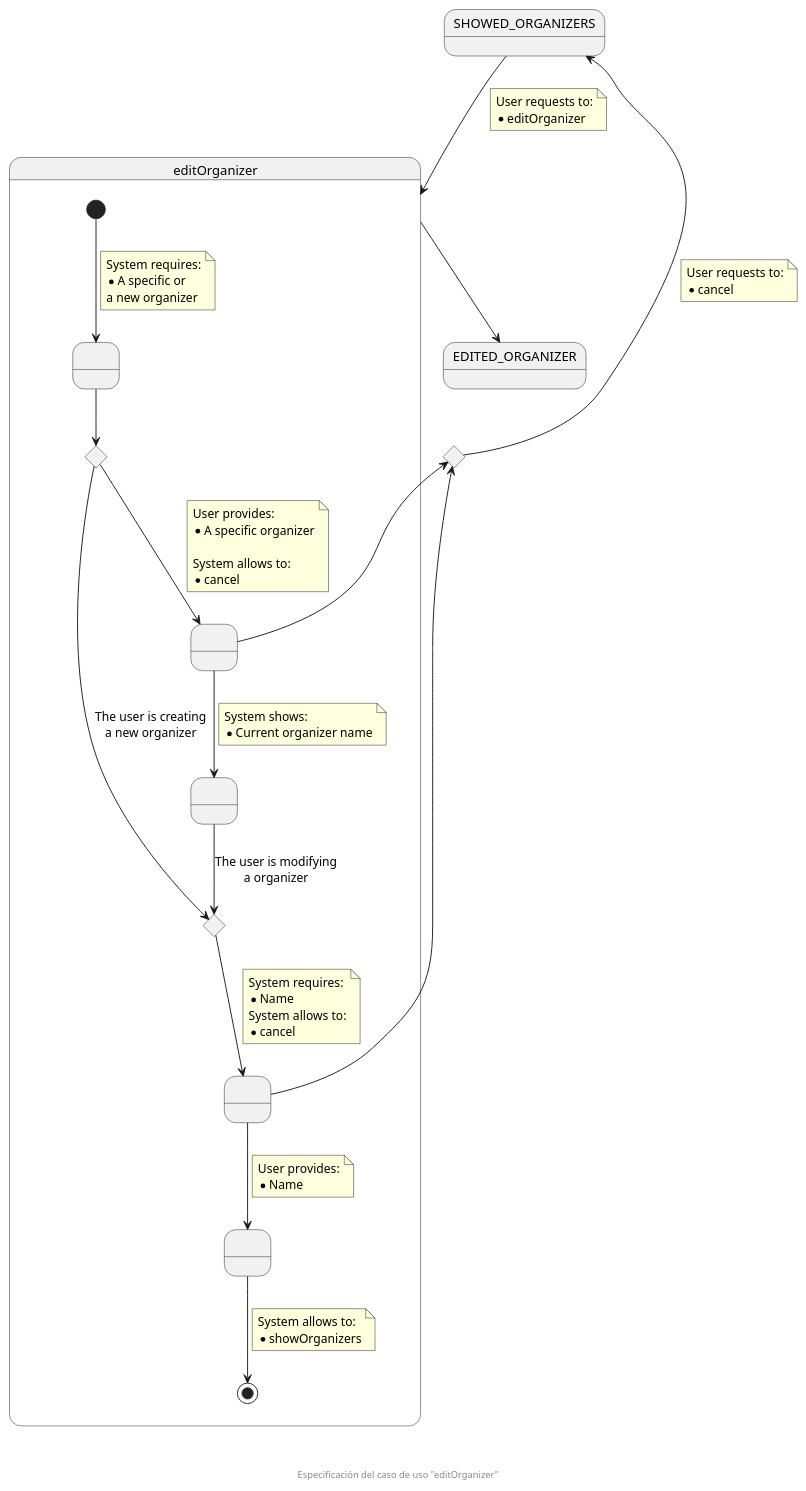
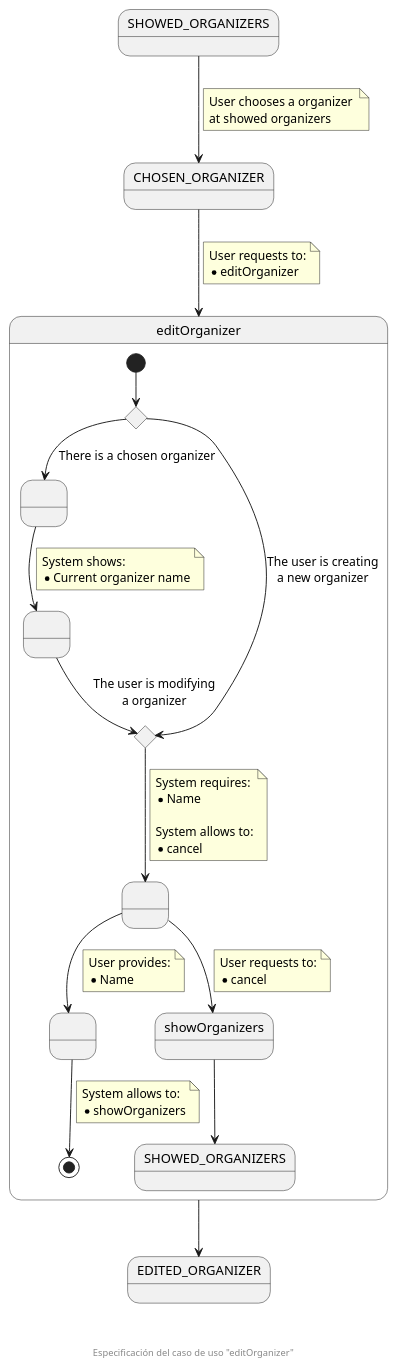
One commit to zuldare/mastercloud_pfm_halterocms changed the diagram in documentation/diagrams/useCasesSpecification/organizationSecretary/09_editOrganizer.puml. Above: the diagram before and after it, drawn with PlantUML.

Commit message:
Fix editOrganizer use case specification

```diff
--- a/documentation/diagrams/useCasesSpecification/organizationSecretary/09_editOrganizer.puml
+++ b/documentation/diagrams/useCasesSpecification/organizationSecretary/09_editOrganizer.puml
@@ -1,71 +1,64 @@
 @startuml
 state SHOWED_ORGANIZERS
-state enterCancelCHC <<choice>>
+state CHOSEN_ORGANIZER
 state editOrganizer {
-  state " " as pendingOrganizer
   state createOrModifyCHC <<choice>>
   state " " as providedOrganizer
   state " " as showedData
   state createOrModifyCHC2 <<choice>>
   state " " as pendingData
   state " " as providedData
-  [*] --> pendingOrganizer
-  note on link
-    System requires:
-    * A specific or 
-    a new organizer
-  end note
-  pendingOrganizer --> createOrModifyCHC
-  createOrModifyCHC --> providedOrganizer
-  note on link
-    User provides:
-    * A specific organizer
-
-    System allows to:
-    * cancel
-  end note
- createOrModifyCHC --> createOrModifyCHC2 : The user is creating\na new organizer
+  [*] --> createOrModifyCHC
+  createOrModifyCHC --> providedOrganizer : There is a chosen organizer
+  createOrModifyCHC --> createOrModifyCHC2 : The user is creating\na new organizer
   providedOrganizer --> showedData
   note on link
     System shows:
     * Current organizer name
   end note
   showedData --> createOrModifyCHC2 : The user is modifying\na organizer
   createOrModifyCHC2 --> pendingData
   note on link
     System requires:
     * Name
+
     System allows to:
     * cancel
   end note
-  pendingData -u-> enterCancelCHC
-  pendingData --> providedData
+  pendingData --> showOrganizers
+  note on link
+    User requests to:
+    * cancel
+  end note
+  showOrganizers --> SHOWED_ORGANIZERS_F
+  pendingData --> providedData 
   note on link
     User provides:
     * Name
   end note
-  providedOrganizer -u-> enterCancelCHC
   providedData --> [*]
   note on link
     System allows to:
     * showOrganizers
   end note
 }
 state EDITED_ORGANIZER
+state showOrganizers
+state "SHOWED_ORGANIZERS" as SHOWED_ORGANIZERS_F
 
-SHOWED_ORGANIZERS -d-> editOrganizer
+SHOWED_ORGANIZERS --> CHOSEN_ORGANIZER
+note on link
+  User chooses a organizer 
+  at showed organizers
+end note
+
+CHOSEN_ORGANIZER --> editOrganizer
 note on link
   User requests to:
   * editOrganizer
 end note
 
-editOrganizer -d-> EDITED_ORGANIZER
-
-enterCancelCHC -u-> SHOWED_ORGANIZERS
-note on link
-  User requests to:
-  * cancel
-end note
+editOrganizer --> EDITED_ORGANIZER
 
 footer \n\n\n Especificación del caso de uso "editOrganizer"
 @enduml
```
